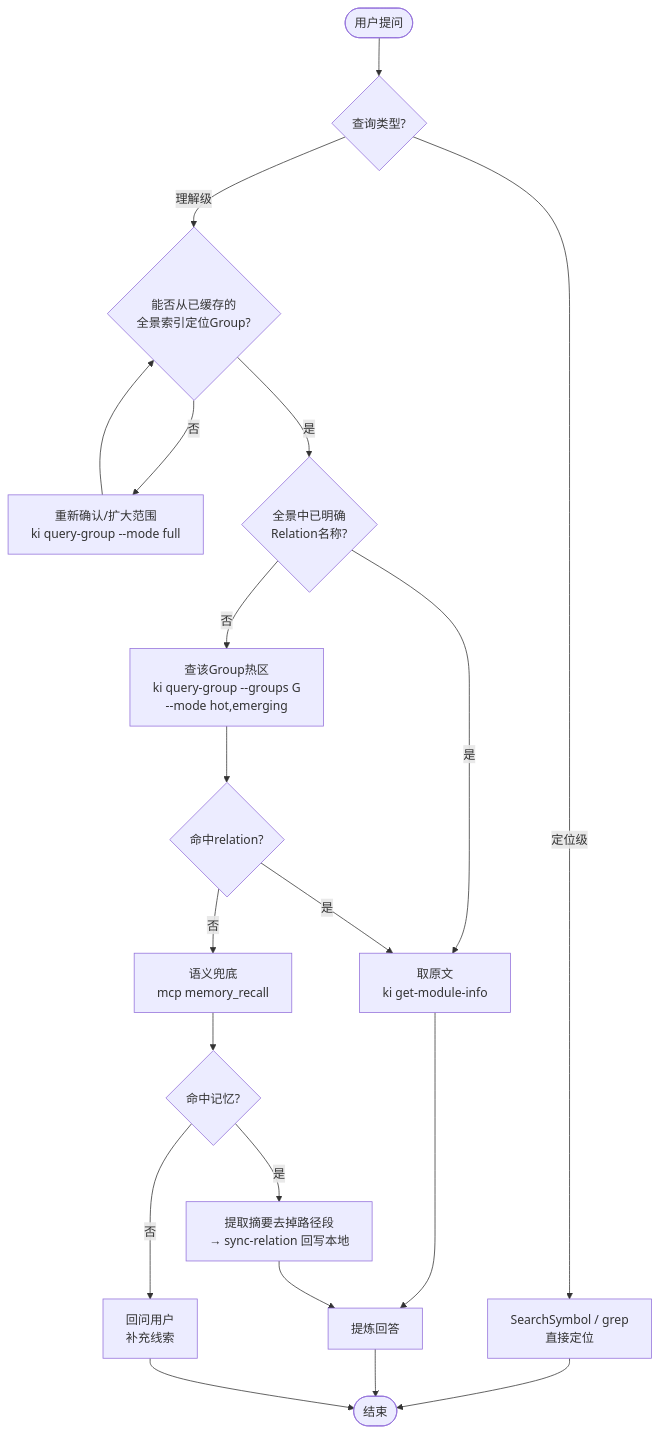
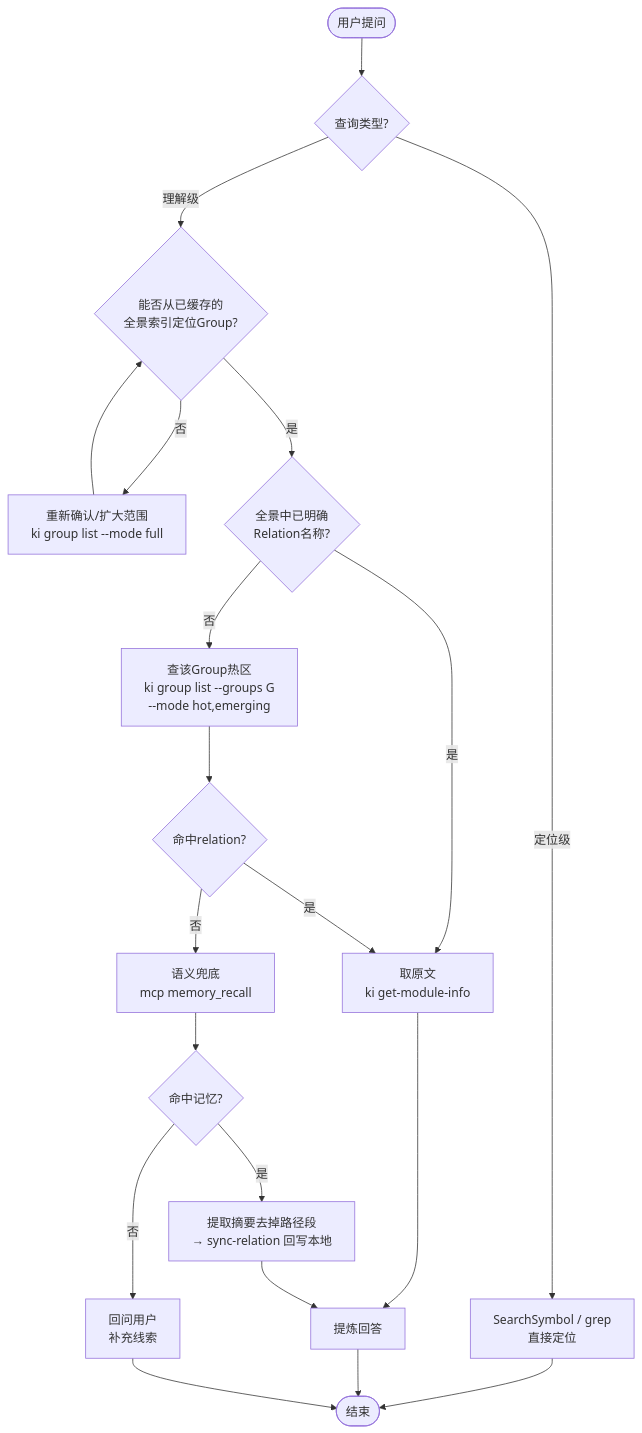
Before and after one commit to HACK-WU/kisearch: the diagram in docs/codekb-agent-guide.md, drawn with Mermaid. The commit also changed other lines of this file and 53 other files, not shown here.

First line of the commit message:
feat(group)!: 新增 ki group 命令族并下线 manage-index/query-group

````diff
--- a/docs/codekb-agent-guide.md
+++ b/docs/codekb-agent-guide.md
@@ -130,22 +130,22 @@
 ```mermaid
 flowchart TD
     A([用户提问]) --> Z{查询类型?}
     Z -- 定位级 --> Z1[SearchSymbol / grep<br/>直接定位]
     Z1 --> H([结束])
     Z -- 理解级 --> B{能否从已缓存的<br/>全景索引定位Group?}
-    B -- 否 --> C[重新确认/扩大范围<br/>ki query-group --mode full]
+    B -- 否 --> C[重新确认/扩大范围<br/>ki group list --mode full]
     C --> B
     B -- 是 --> P{全景中已明确<br/>Relation名称?}
     P -- 是 --> F[取原文<br/>ki get-module-info]
-    P -- 否 --> D[查该Group热区<br/>ki query-group --groups G<br/>--mode hot,emerging]
+    P -- 否 --> D[查该Group热区<br/>ki group list --groups G<br/>--mode hot,emerging]
     D --> E{命中relation?}
     E -- 是 --> F
     F --> G[提炼回答]
     G --> H
     E -- 否 --> I[语义兜底<br/>mcp memory_recall]
     I --> J{命中记忆?}
     J -- 是 --> K[提取摘要去掉路径段<br/>→ sync-relation 回写本地]
     K --> G
     J -- 否 --> L[回问用户<br/>补充线索]
     L --> H
 ```
````
